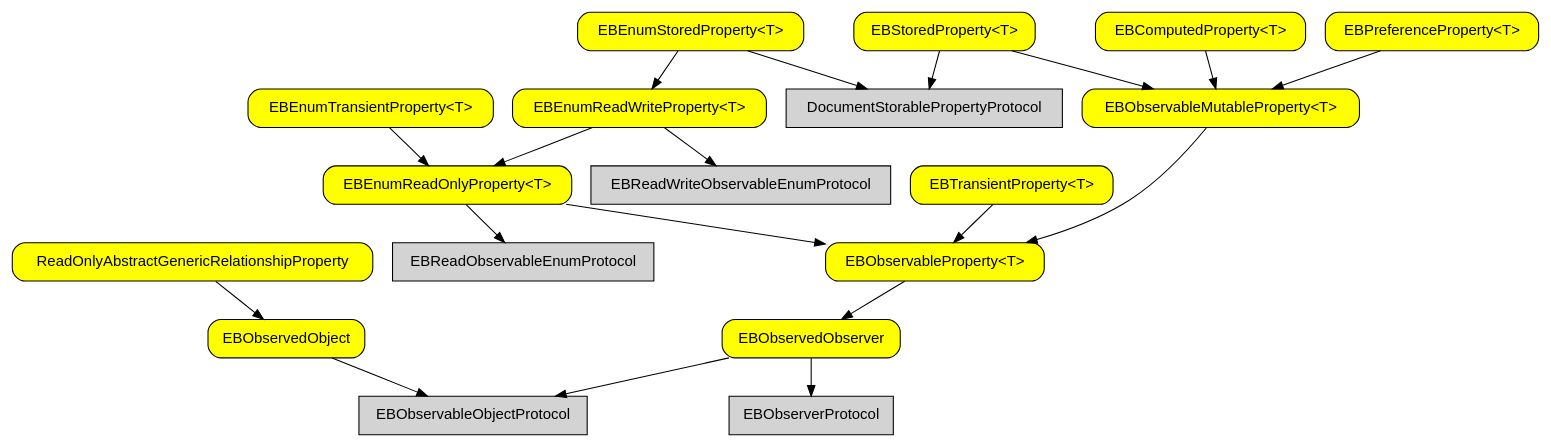
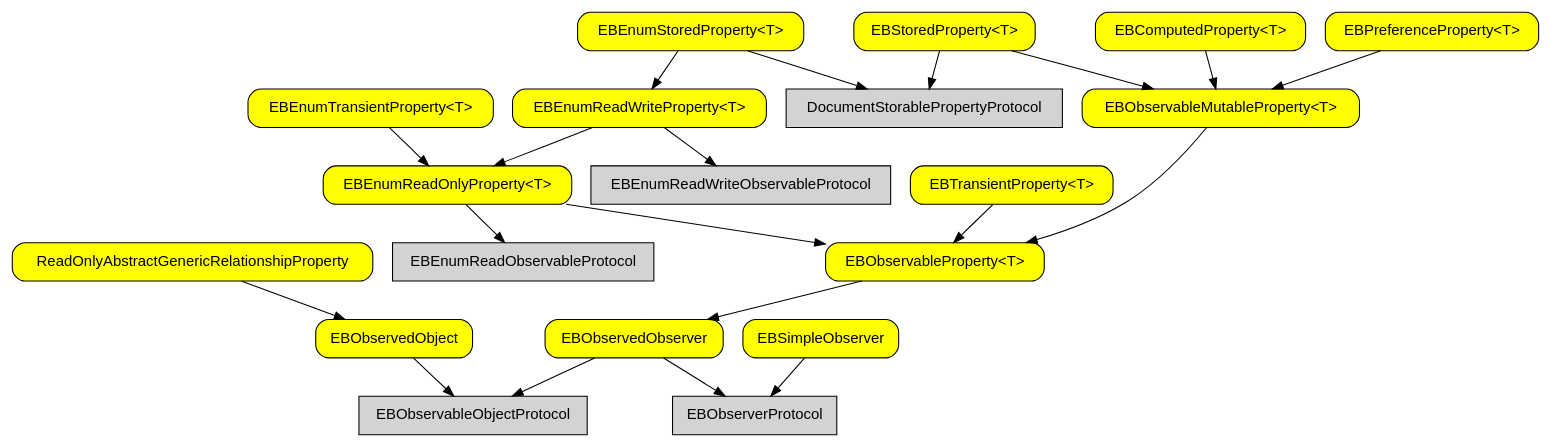
Before and after one commit to pierremolinaro/ElCanari-dev: the diagram in models/observable-property-graph.dot, drawn with Graphviz. The commit also changed 173 other files, not shown here.

```diff
--- a/models/observable-property-graph.dot
+++ b/models/observable-property-graph.dot
@@ -1,31 +1,32 @@
 digraph G {
 
   node [shape=box fontname=helvetica fillcolor=lightgray style=filled] ;
 
   EBObservableObjectProtocol ;
   EBObserverProtocol ;
   DocumentStorablePropertyProtocol ;
-  EBReadObservableEnumProtocol;
-  EBReadWriteObservableEnumProtocol;
+  EBEnumReadObservableProtocol;
+  EBEnumReadWriteObservableProtocol;
 
   node [shape=box fontname=helvetica style="rounded,filled" fillcolor=yellow] ;
 
   EBObservedObject -> EBObservableObjectProtocol ;
   EBObservedObserver -> EBObservableObjectProtocol ;
   EBObservedObserver -> EBObserverProtocol ;
+  EBSimpleObserver -> EBObserverProtocol ;
   "EBObservableProperty<T>" -> EBObservedObserver ;
   ReadOnlyAbstractGenericRelationshipProperty -> EBObservedObject ;
   "EBTransientProperty<T>" -> "EBObservableProperty<T>" ;
   "EBEnumReadOnlyProperty<T>" -> "EBObservableProperty<T>" ;
-  "EBEnumReadOnlyProperty<T>" -> EBReadObservableEnumProtocol ;
+  "EBEnumReadOnlyProperty<T>" -> EBEnumReadObservableProtocol ;
   "EBObservableMutableProperty<T>" -> "EBObservableProperty<T>" ;
   "EBComputedProperty<T>" -> "EBObservableMutableProperty<T>" ;
   "EBPreferenceProperty<T>" -> "EBObservableMutableProperty<T>" ;
   "EBStoredProperty<T>" -> "EBObservableMutableProperty<T>" ;
   "EBStoredProperty<T>" -> DocumentStorablePropertyProtocol ;
   "EBEnumReadWriteProperty<T>" -> "EBEnumReadOnlyProperty<T>" ;
-  "EBEnumReadWriteProperty<T>" -> EBReadWriteObservableEnumProtocol ;
+  "EBEnumReadWriteProperty<T>" -> EBEnumReadWriteObservableProtocol ;
   "EBEnumTransientProperty<T>" -> "EBEnumReadOnlyProperty<T>" ;
   "EBEnumStoredProperty<T>" -> "EBEnumReadWriteProperty<T>" ;
   "EBEnumStoredProperty<T>" -> DocumentStorablePropertyProtocol ;
  }
```
